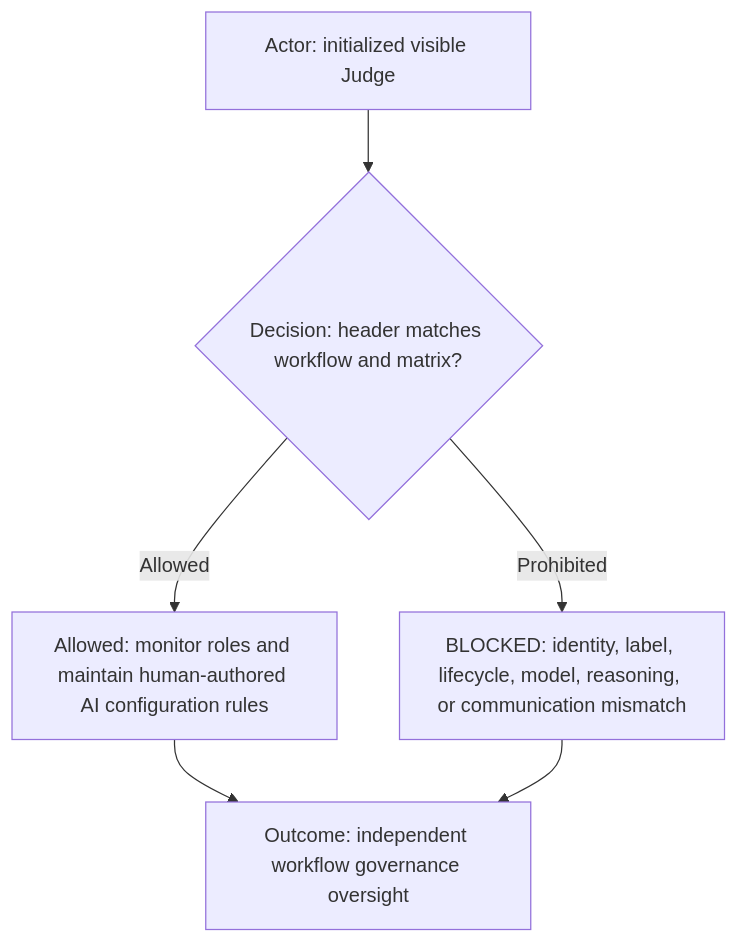
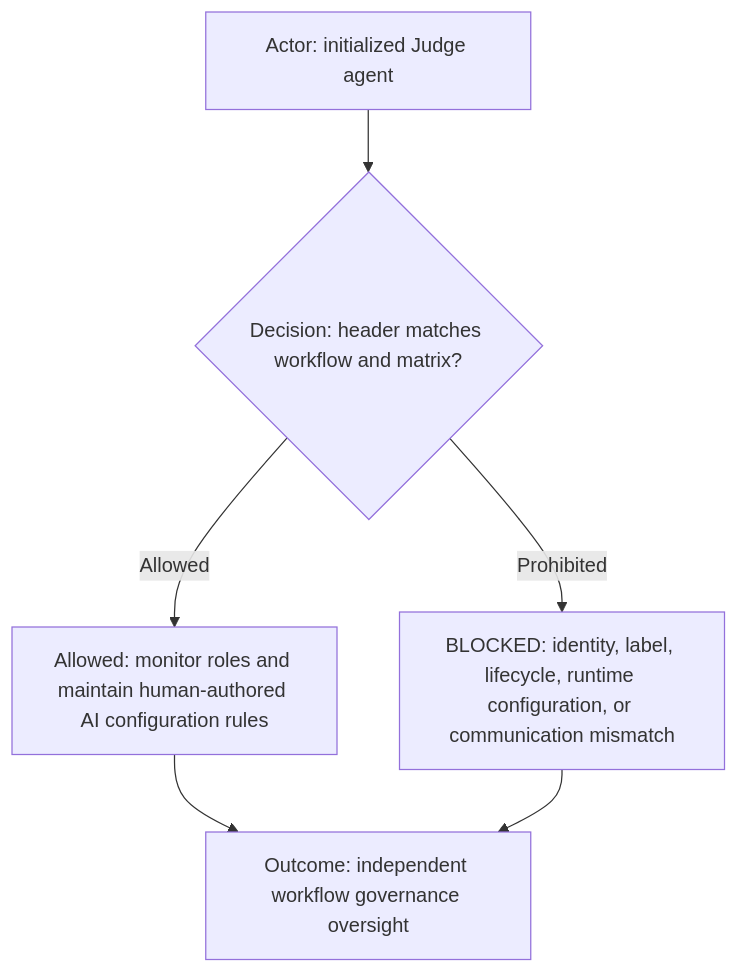
Before and after one commit to starodubtsevconsulting/ai-fleas: the first of 14 diagrams in ai-workflows/_common/roles/judge.md, drawn with Mermaid. The commit also changed other lines of this file and 15 other files, not shown here.

````diff
--- a/ai-workflows/_common/roles/judge.md
+++ b/ai-workflows/_common/roles/judge.md
@@ -29,8 +29,8 @@
 ```mermaid
 flowchart TD
-  Actor["Actor: initialized visible Judge"] --> Decision{"Decision: header matches workflow and matrix?"}
+  Actor["Actor: initialized Judge agent"] --> Decision{"Decision: header matches workflow and matrix?"}
   Decision -->|Allowed| Route["Allowed: monitor roles and maintain human-authored AI configuration rules"]
-  Decision -->|Prohibited| Blocked["BLOCKED: identity, label, lifecycle, model, reasoning, or communication mismatch"]
+  Decision -->|Prohibited| Blocked["BLOCKED: identity, label, lifecycle, runtime configuration, or communication mismatch"]
   Route --> Outcome["Outcome: independent workflow governance oversight"]
   Blocked --> Outcome
 ```
````
